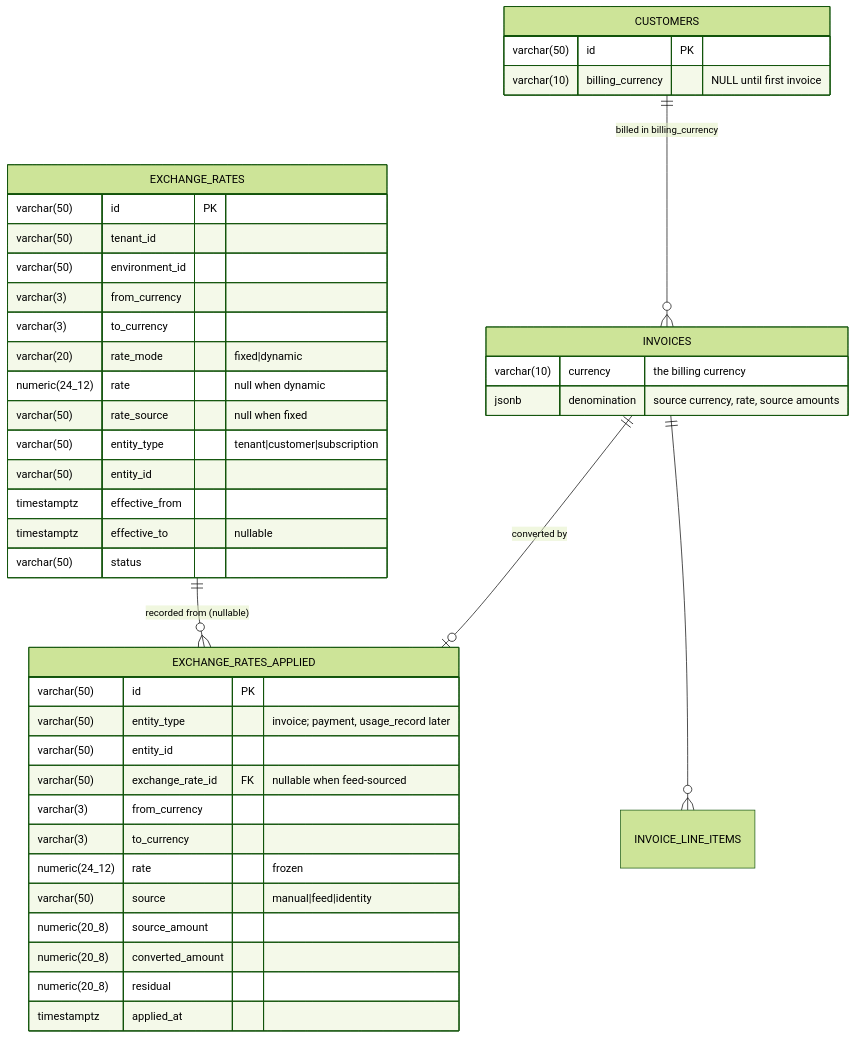
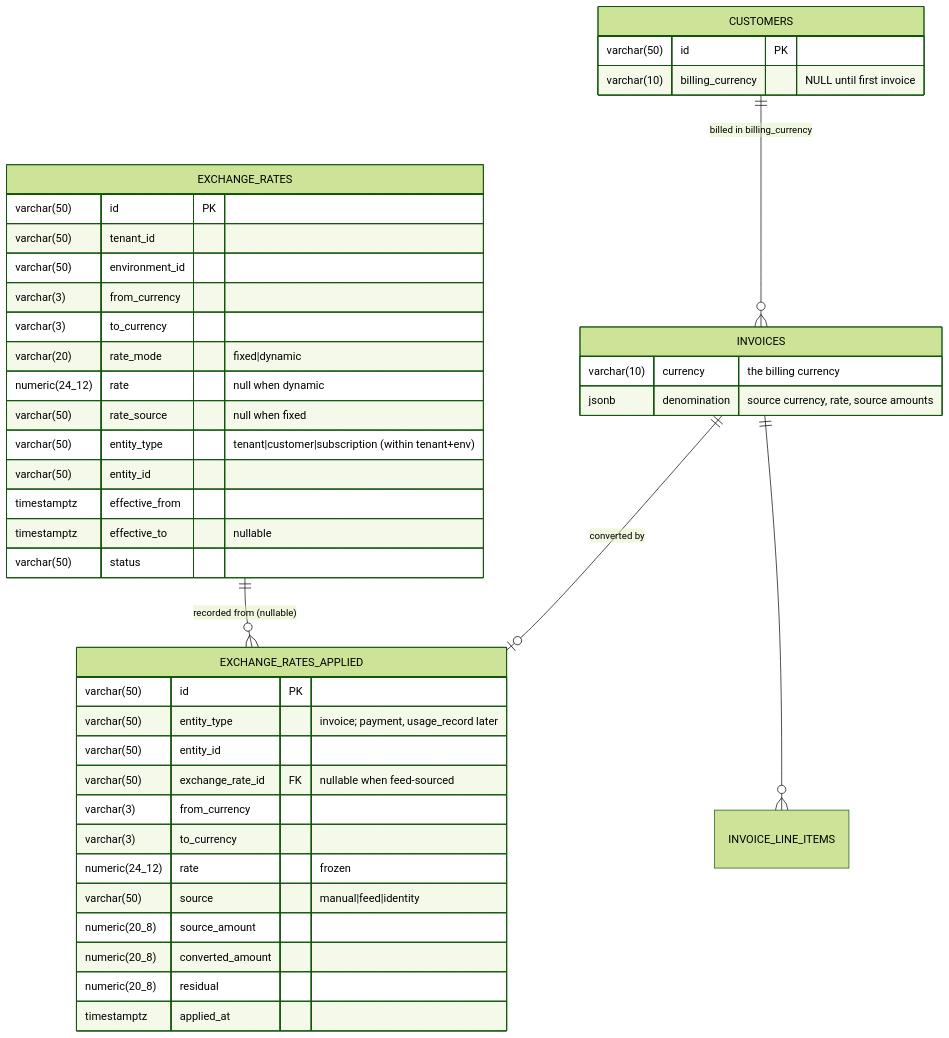
Before and after one commit to flexprice/flexprice: the diagram in docs/design/2026-09-22-billing-currency-and-fx-conversion-erd.md, drawn with Mermaid (forest theme). The commit also changed other lines of this file and 1 other file, not shown here.

First line of the commit message:
docs: finalize billing currency and FX conversion PRD and ERD

````diff
--- a/docs/design/2026-09-22-billing-currency-and-fx-conversion-erd.md
+++ b/docs/design/2026-09-22-billing-currency-and-fx-conversion-erd.md
@@ -55,48 +66,48 @@
 ```mermaid
 erDiagram
     CUSTOMERS          ||--o{ INVOICES               : "billed in billing_currency"
     EXCHANGE_RATES     ||--o{ EXCHANGE_RATES_APPLIED : "recorded from (nullable)"
     INVOICES           ||--o| EXCHANGE_RATES_APPLIED : "converted by"
     INVOICES           ||--o{ INVOICE_LINE_ITEMS     : ""
 
     CUSTOMERS {
         varchar(50)  id PK
         varchar(10)  billing_currency "NULL until first invoice"
     }
 
     EXCHANGE_RATES {
         varchar(50)    id PK
         varchar(50)    tenant_id
         varchar(50)    environment_id
         varchar(3)     from_currency
         varchar(3)     to_currency
         varchar(20)    rate_mode    "fixed|dynamic"
         numeric(24_12) rate         "null when dynamic"
         varchar(50)    rate_source  "null when fixed"
-        varchar(50)    entity_type  "tenant|customer|subscription"
+        varchar(50)    entity_type  "tenant|customer|subscription (within tenant+env)"
         varchar(50)    entity_id
         timestamptz    effective_from
         timestamptz    effective_to "nullable"
         varchar(50)    status
     }
 
     EXCHANGE_RATES_APPLIED {
         varchar(50)    id PK
         varchar(50)    entity_type  "invoice; payment, usage_record later"
         varchar(50)    entity_id
         varchar(50)    exchange_rate_id FK "nullable when feed-sourced"
         varchar(3)     from_currency
         varchar(3)     to_currency
         numeric(24_12) rate        "frozen"
         varchar(50)    source      "manual|feed|identity"
         numeric(20_8)  source_amount
         numeric(20_8)  converted_amount
         numeric(20_8)  residual
         timestamptz    applied_at
     }
 
     INVOICES {
         varchar(10)    currency     "the billing currency"
         jsonb          denomination "source currency, rate, source amounts"
     }
 ```
````
